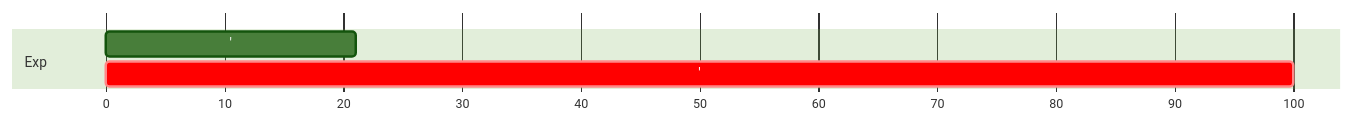
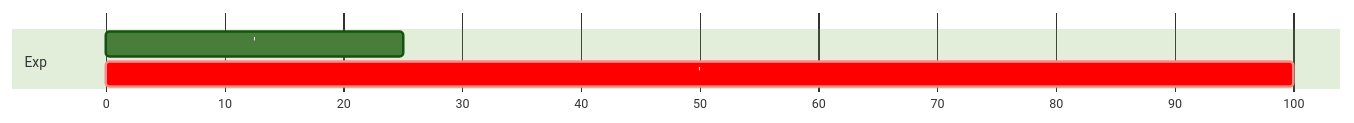
The diagram in README.md (jcantosz/level-up-experience), drawn with Mermaid before and after one commit. The commit also changed 1 other file, not shown here.

Commit message:
Apply automatic changes

````diff
--- a/README.md
+++ b/README.md
@@ -2,13 +2,13 @@
 ```mermaid
 ---
 displayMode: compact
 ---
 %%{init: { "theme": "forest", "themeVariables": { 'fontFamily": "Times" } } }%%
 gantt
     dateFormat X
     axisFormat %s
     tickInterval 10second
     section Exp
-        ' : 0, 21
-        ' : crit, 21, 100
+        ' : 0, 25
+        ' : crit, 25, 100
 ```
````
